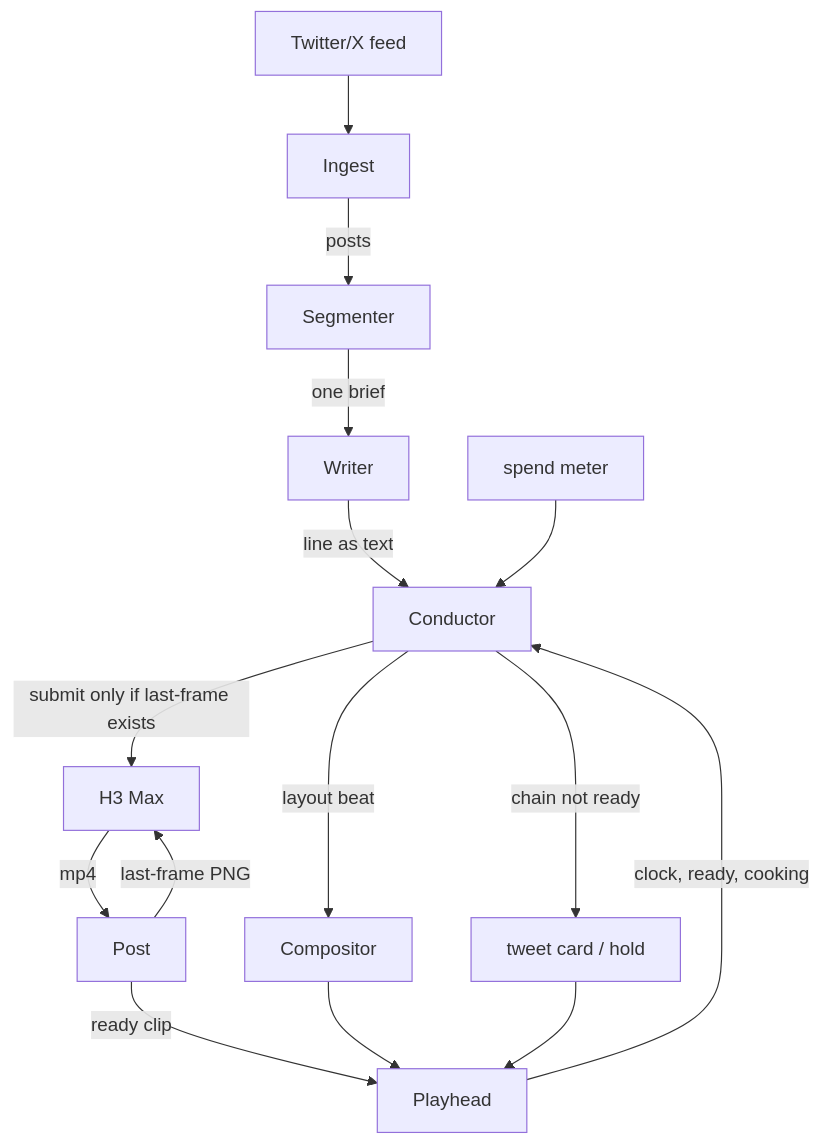
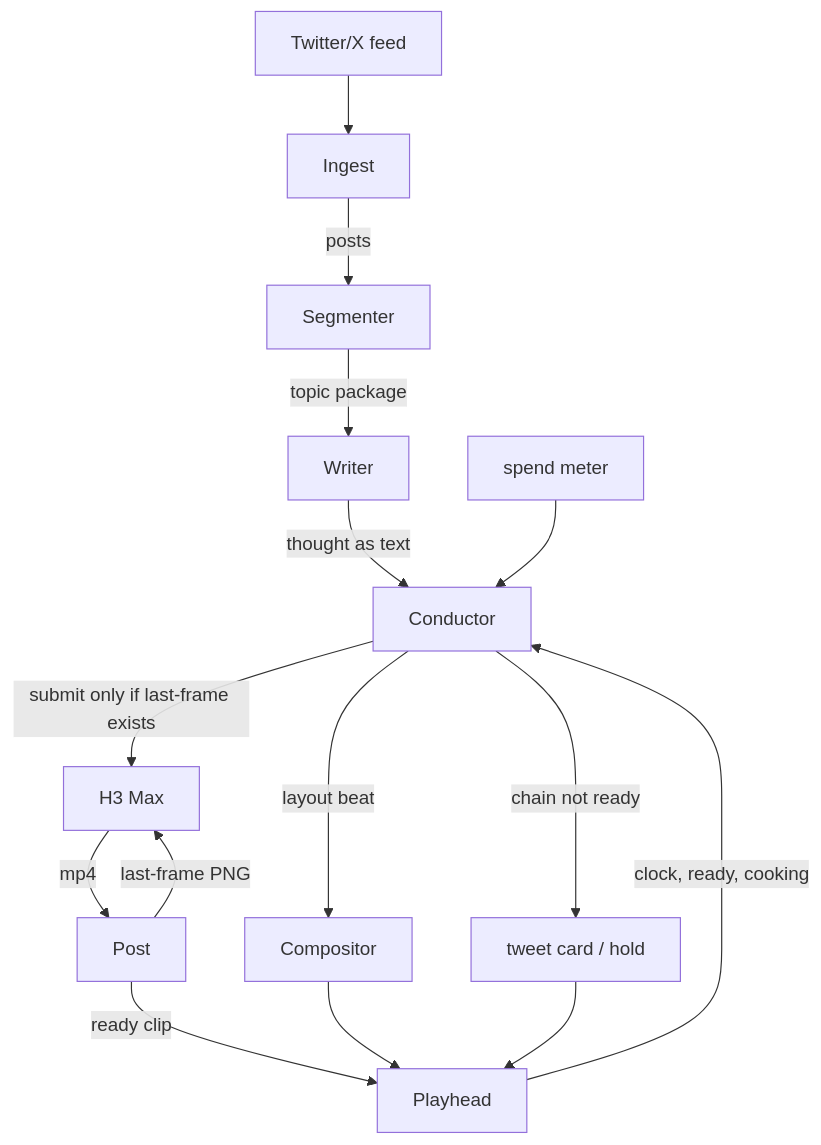
One commit to toastfacek/desk-show-live changed the diagram in Desk Show — Conductor Layer Brief.md. Above: the diagram before and after it, drawn with Mermaid. The commit also changed other lines of this file, not shown here.

Commit message:
Writer works in thoughts and topic packages, not 12-word clips

````diff
--- a/Desk Show — Conductor Layer Brief.md
+++ b/Desk Show — Conductor Layer Brief.md
@@ -99,21 +99,21 @@
 ```mermaid
 flowchart TB
   Feed["Twitter/X feed"] --> Ingest
   Ingest -->|posts| Segmenter
-  Segmenter -->|one brief| Writer
-  Writer -->|line as text| Conductor
+  Segmenter -->|topic package| Writer
+  Writer -->|thought as text| Conductor
 
   Playhead -->|"clock, ready, cooking"| Conductor
   Spend["spend meter"] --> Conductor
 
   Conductor -->|"layout beat"| Compositor
   Conductor -->|"submit only if last-frame exists"| H3["H3 Max"]
 
   H3 -->|mp4| Post
   Post -->|ready clip| Playhead
   Post -->|"last-frame PNG"| H3
   Compositor --> Playhead
 
   Conductor -->|"chain not ready"| Card["tweet card / hold"]
   Card --> Playhead
 ```
````
